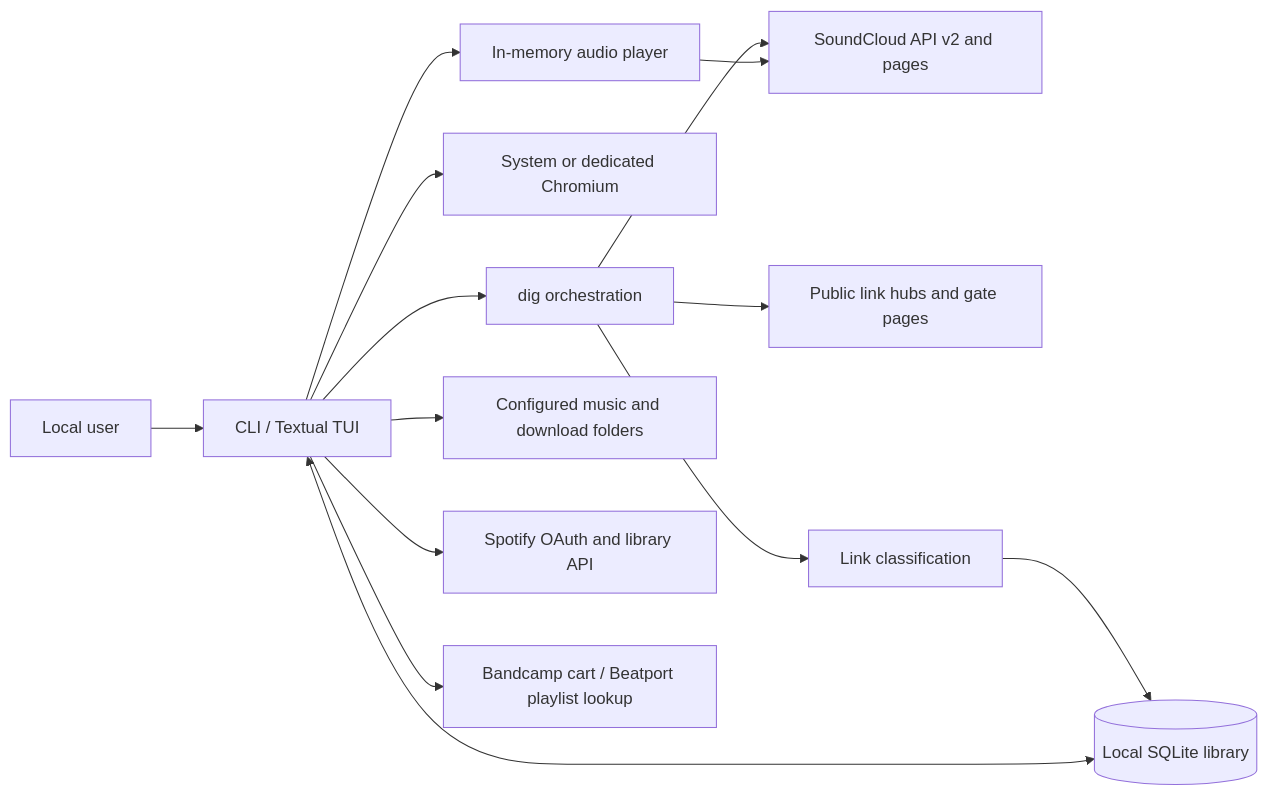
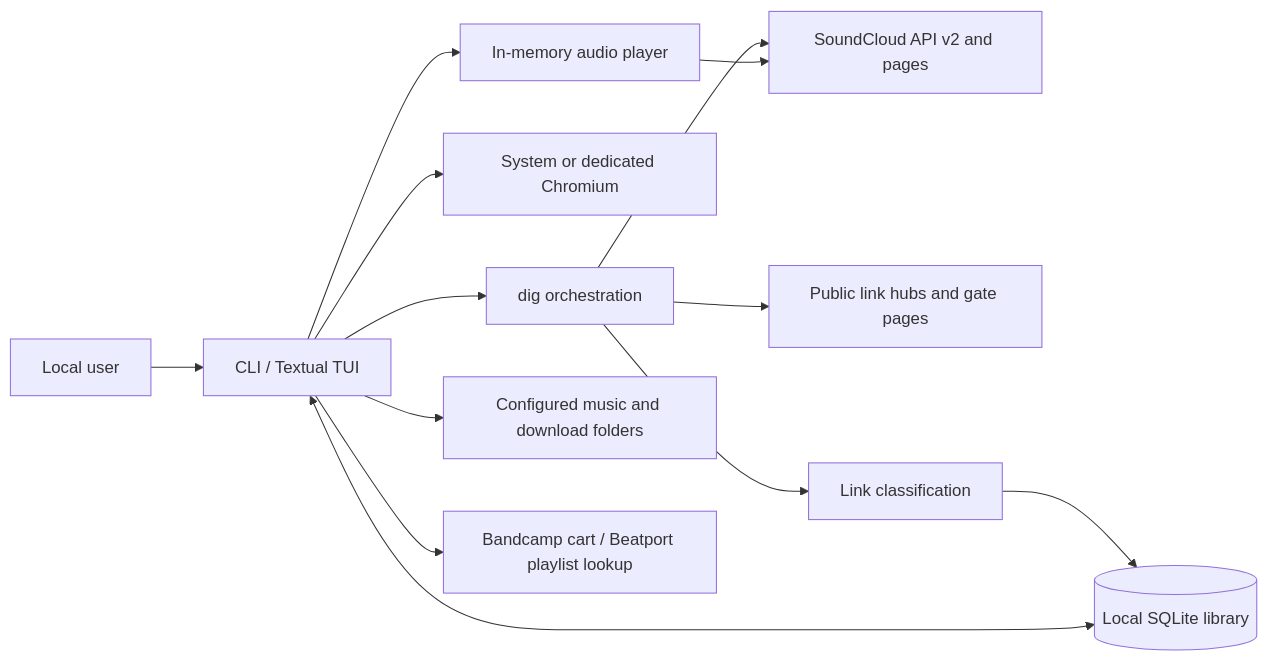
One commit to fbialogrecki/dj-digger changed the diagram in PROJECT-SPECIFICATION.md. Above: the diagram before and after it, drawn with Mermaid. The commit also changed other lines of this file and 12 other files, not shown here.

````diff
--- a/PROJECT-SPECIFICATION.md
+++ b/PROJECT-SPECIFICATION.md
@@ -377,16 +375,15 @@
 ```mermaid
 flowchart LR
     U[Local user] --> CLI[CLI / Textual TUI]
     CLI --> DIG[dig orchestration]
     DIG --> SC[SoundCloud API v2 and pages]
     DIG --> HUB[Public link hubs and gate pages]
     DIG --> LINK[Link classification]
     LINK --> DB[(Local SQLite library)]
     CLI <--> DB
     CLI --> BROWSER[System or dedicated Chromium]
     CLI --> PLAYER[In-memory audio player]
     PLAYER --> SC
     CLI --> FILES[Configured music and download folders]
-    CLI --> SPOTIFY[Spotify OAuth and library API]
     CLI --> STORES[Bandcamp cart / Beatport playlist lookup]
 ```
````
